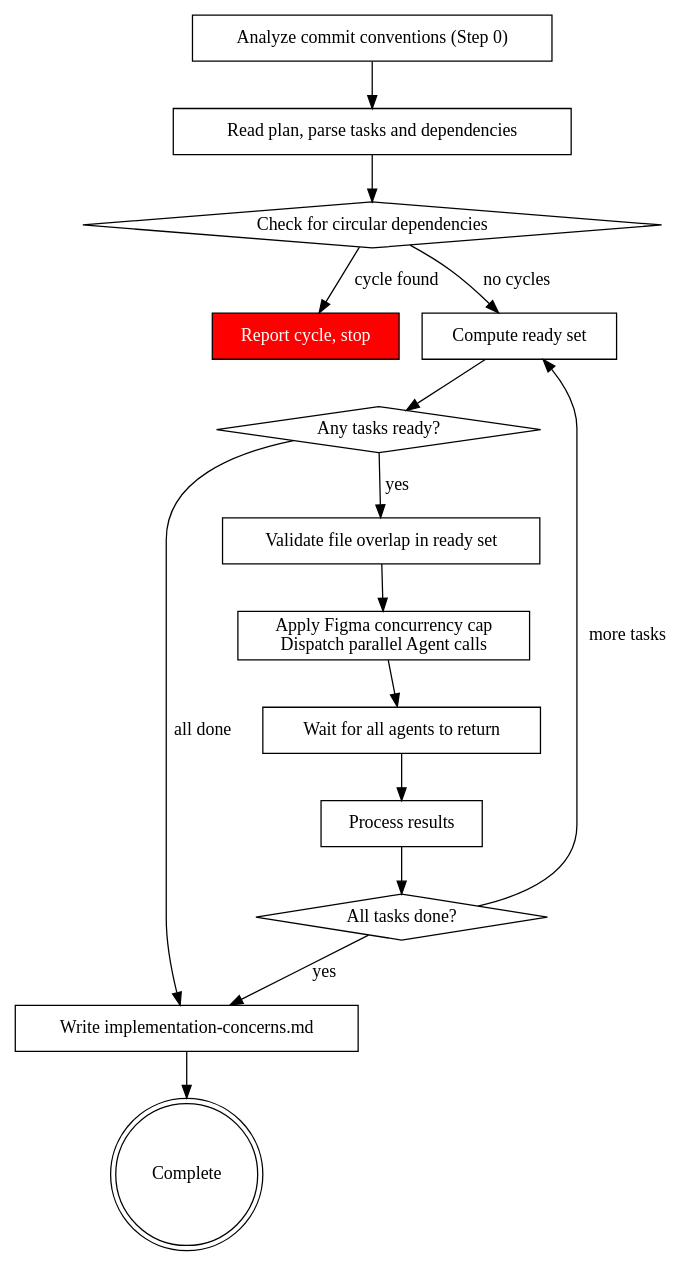
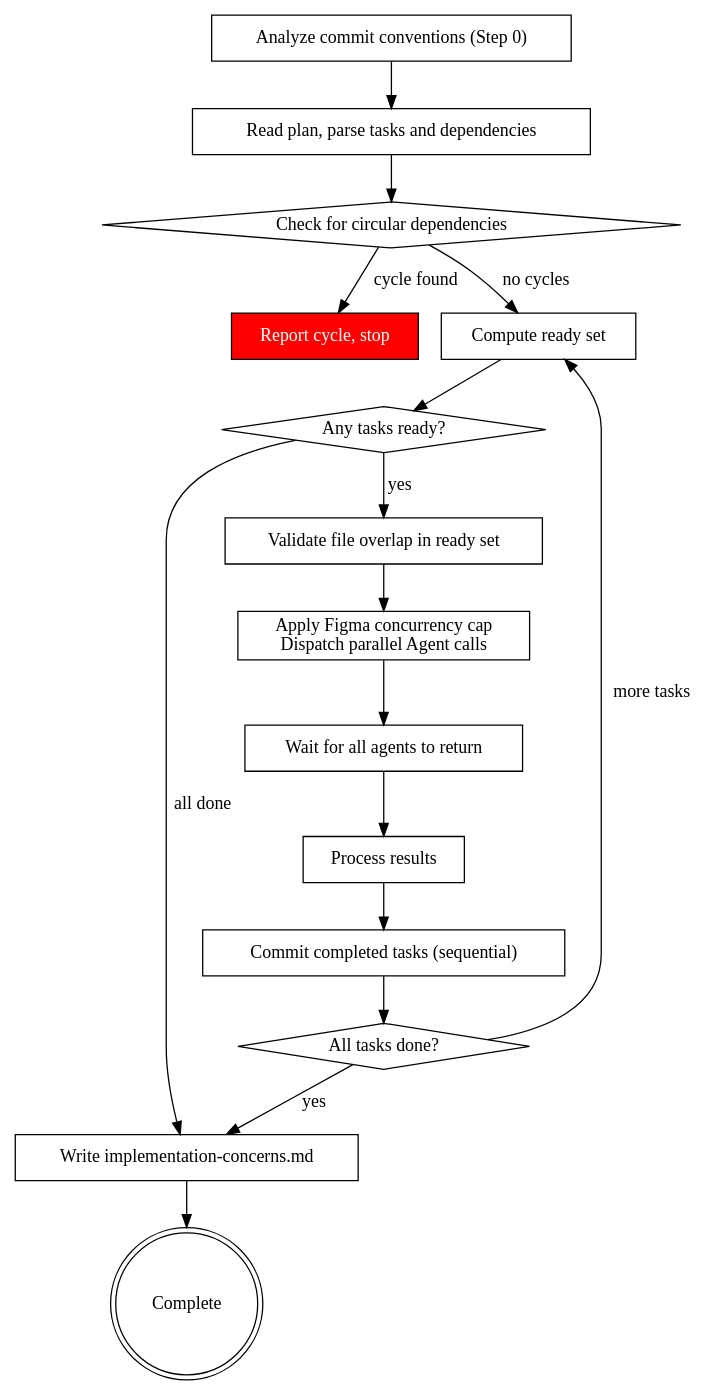
The diagram in dist/claude/skills/subagent-driven-development/SKILL.md (iclinic/afyapowers), drawn with Graphviz before and after one commit. The commit also changed other lines of this file and 29 other files, not shown here.

````diff
--- a/dist/claude/skills/subagent-driven-development/SKILL.md
+++ b/dist/claude/skills/subagent-driven-development/SKILL.md
@@ -16,34 +16,36 @@
 ```dot
 digraph process {
     rankdir=TB;
 
     "Analyze commit conventions (Step 0)" [shape=box];
     "Read plan, parse tasks and dependencies" [shape=box];
     "Check for circular dependencies" [shape=diamond];
     "Report cycle, stop" [shape=box, style=filled, fillcolor=red, fontcolor=white];
     "Compute ready set" [shape=box];
     "Any tasks ready?" [shape=diamond];
     "Validate file overlap in ready set" [shape=box];
     "Apply Figma concurrency cap\nDispatch parallel Agent calls" [shape=box];
     "Wait for all agents to return" [shape=box];
     "Process results" [shape=box];
+    "Commit completed tasks (sequential)" [shape=box];
     "All tasks done?" [shape=diamond];
     "Write implementation-concerns.md" [shape=box];
     "Complete" [shape=doublecircle];
 
     "Analyze commit conventions (Step 0)" -> "Read plan, parse tasks and dependencies";
     "Read plan, parse tasks and dependencies" -> "Check for circular dependencies";
     "Check for circular dependencies" -> "Report cycle, stop" [label="cycle found"];
     "Check for circular dependencies" -> "Compute ready set" [label="no cycles"];
     "Compute ready set" -> "Any tasks ready?";
     "Any tasks ready?" -> "Write implementation-concerns.md" [label="all done"];
     "Any tasks ready?" -> "Validate file overlap in ready set" [label="yes"];
     "Validate file overlap in ready set" -> "Apply Figma concurrency cap\nDispatch parallel Agent calls";
     "Apply Figma concurrency cap\nDispatch parallel Agent calls" -> "Wait for all agents to return";
     "Wait for all agents to return" -> "Process results";
-    "Process results" -> "All tasks done?";
+    "Process results" -> "Commit completed tasks (sequential)";
+    "Commit completed tasks (sequential)" -> "All tasks done?";
     "All tasks done?" -> "Compute ready set" [label="more tasks"];
     "All tasks done?" -> "Write implementation-concerns.md" [label="yes"];
     "Write implementation-concerns.md" -> "Complete";
 }
 ```
````
